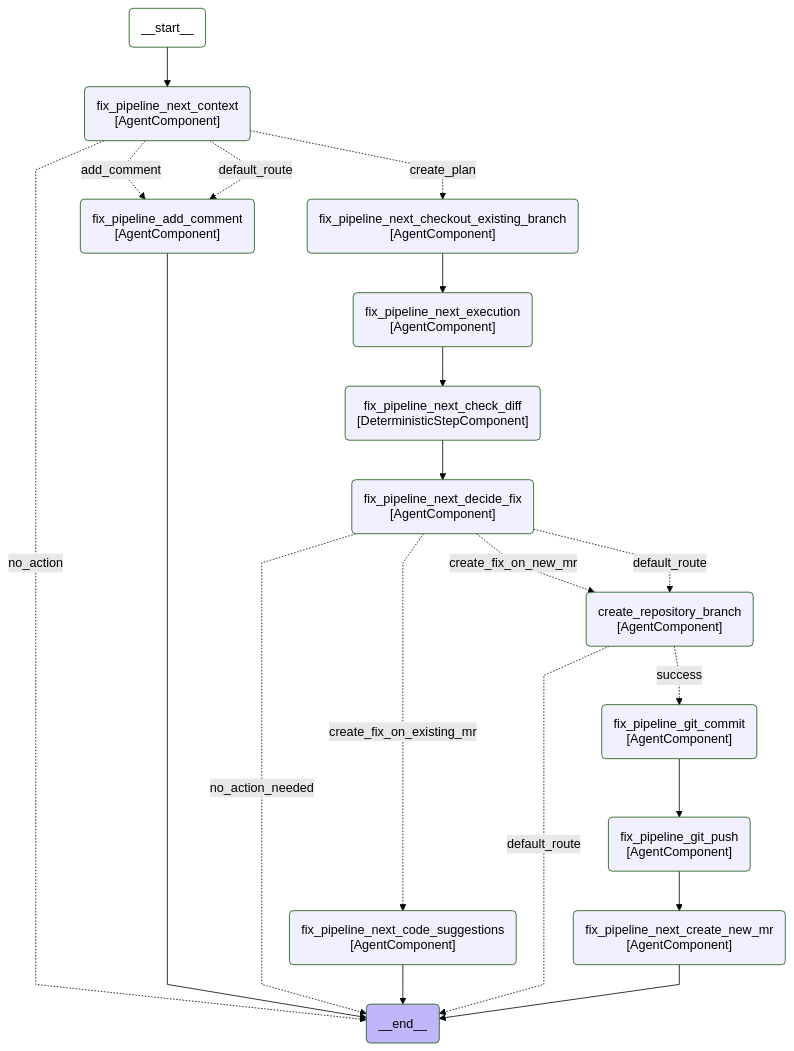
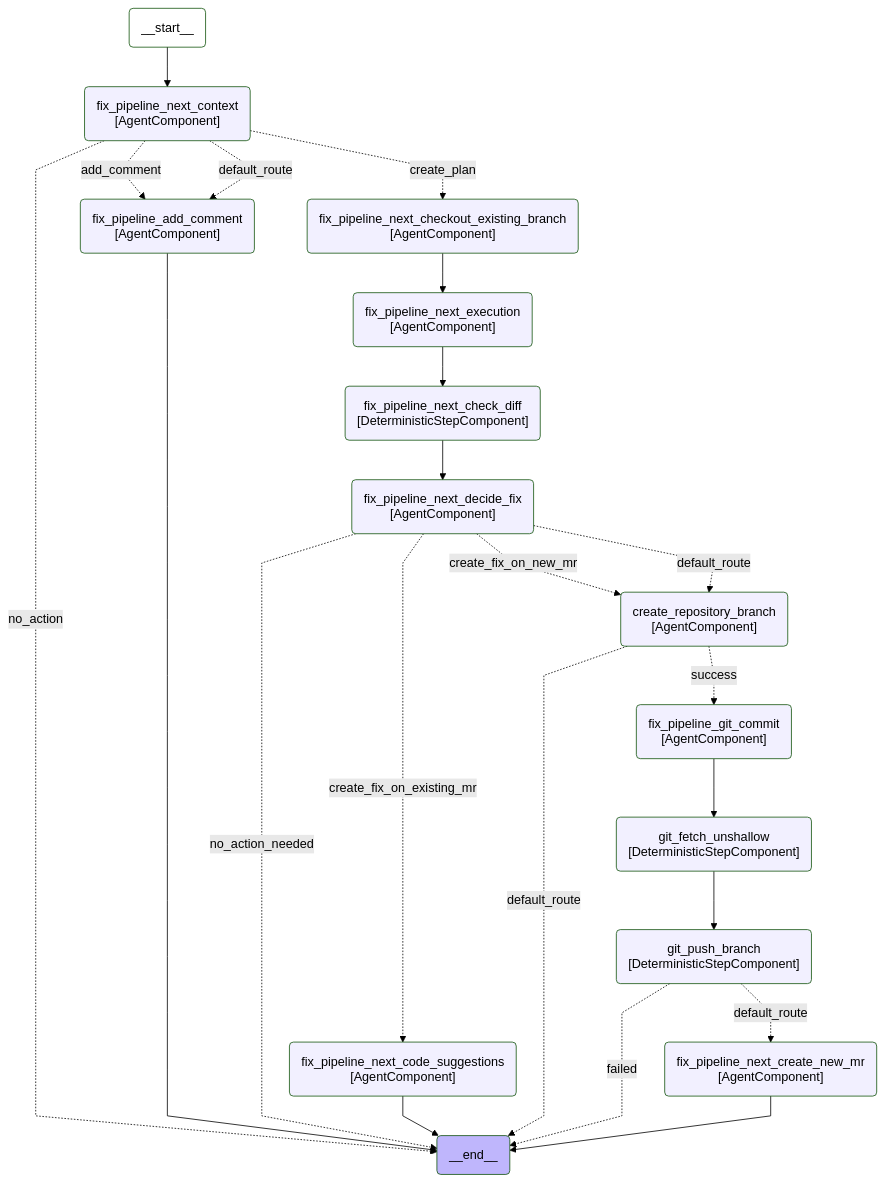
One commit to movax01h/ai-gateway changed diagram 16 of 23 in docs/duo_workflow_service_graphs.md. Above: the diagram before and after it, drawn with Mermaid (forest theme). The commit also changed 6 other files, not shown here.

Commit message:
fix(fix-pipeline-next): convert git push to DeterministicStepComponents

````diff
--- a/docs/duo_workflow_service_graphs.md
+++ b/docs/duo_workflow_service_graphs.md
@@ -465,43 +465,46 @@
 ```mermaid
 ---
 config:
     flowchart:
         curve: linear
 ---
 graph TD;
     __start__(__start__):::first;
     __end__(__end__):::last;
     __start__ --> fix_pipeline_next_context;
     fix_pipeline_next_context(fix_pipeline_next_context<br>#91;AgentComponent#93;);
     fix_pipeline_next_decide_fix(fix_pipeline_next_decide_fix<br>#91;AgentComponent#93;);
     fix_pipeline_next_code_suggestions(fix_pipeline_next_code_suggestions<br>#91;AgentComponent#93;);
     fix_pipeline_add_comment(fix_pipeline_add_comment<br>#91;AgentComponent#93;);
     create_repository_branch(create_repository_branch<br>#91;AgentComponent#93;);
     fix_pipeline_next_checkout_existing_branch(fix_pipeline_next_checkout_existing_branch<br>#91;AgentComponent#93;);
     fix_pipeline_next_check_diff(fix_pipeline_next_check_diff<br>#91;DeterministicStepComponent#93;);
     fix_pipeline_next_execution(fix_pipeline_next_execution<br>#91;AgentComponent#93;);
     fix_pipeline_git_commit(fix_pipeline_git_commit<br>#91;AgentComponent#93;);
-    fix_pipeline_git_push(fix_pipeline_git_push<br>#91;AgentComponent#93;);
+    git_fetch_unshallow(git_fetch_unshallow<br>#91;DeterministicStepComponent#93;);
+    git_push_branch(git_push_branch<br>#91;DeterministicStepComponent#93;);
     fix_pipeline_next_create_new_mr(fix_pipeline_next_create_new_mr<br>#91;AgentComponent#93;);
     fix_pipeline_next_context -.->|add_comment| fix_pipeline_add_comment;
     fix_pipeline_next_context -.->|create_plan| fix_pipeline_next_checkout_existing_branch;
     fix_pipeline_next_context -.->|no_action| __end__;
     fix_pipeline_next_context -.->|default_route| fix_pipeline_add_comment;
     fix_pipeline_next_checkout_existing_branch --> fix_pipeline_next_execution;
     fix_pipeline_add_comment --> __end__;
     fix_pipeline_next_execution --> fix_pipeline_next_check_diff;
     fix_pipeline_next_check_diff --> fix_pipeline_next_decide_fix;
     fix_pipeline_next_decide_fix -.->|create_fix_on_existing_mr| fix_pipeline_next_code_suggestions;
     fix_pipeline_next_decide_fix -.->|create_fix_on_new_mr| create_repository_branch;
     fix_pipeline_next_decide_fix -.->|no_action_needed| __end__;
     fix_pipeline_next_decide_fix -.->|default_route| create_repository_branch;
     fix_pipeline_next_code_suggestions --> __end__;
     create_repository_branch -.->|success| fix_pipeline_git_commit;
     create_repository_branch -.->|default_route| __end__;
-    fix_pipeline_git_commit --> fix_pipeline_git_push;
-    fix_pipeline_git_push --> fix_pipeline_next_create_new_mr;
+    fix_pipeline_git_commit --> git_fetch_unshallow;
+    git_fetch_unshallow --> git_push_branch;
+    git_push_branch -.->|failed| __end__;
+    git_push_branch -.->|default_route| fix_pipeline_next_create_new_mr;
     fix_pipeline_next_create_new_mr --> __end__;
     classDef default fill:#f2f0ff,line-height:1.2;
     classDef first fill-opacity:0;
     classDef last fill:#bfb6fc;
 ```
````
